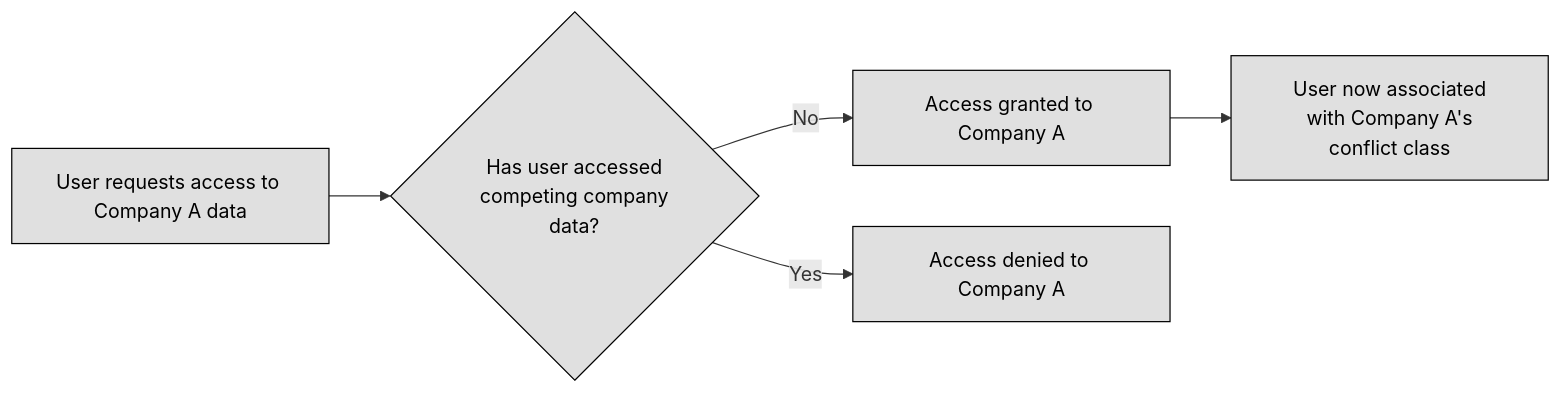
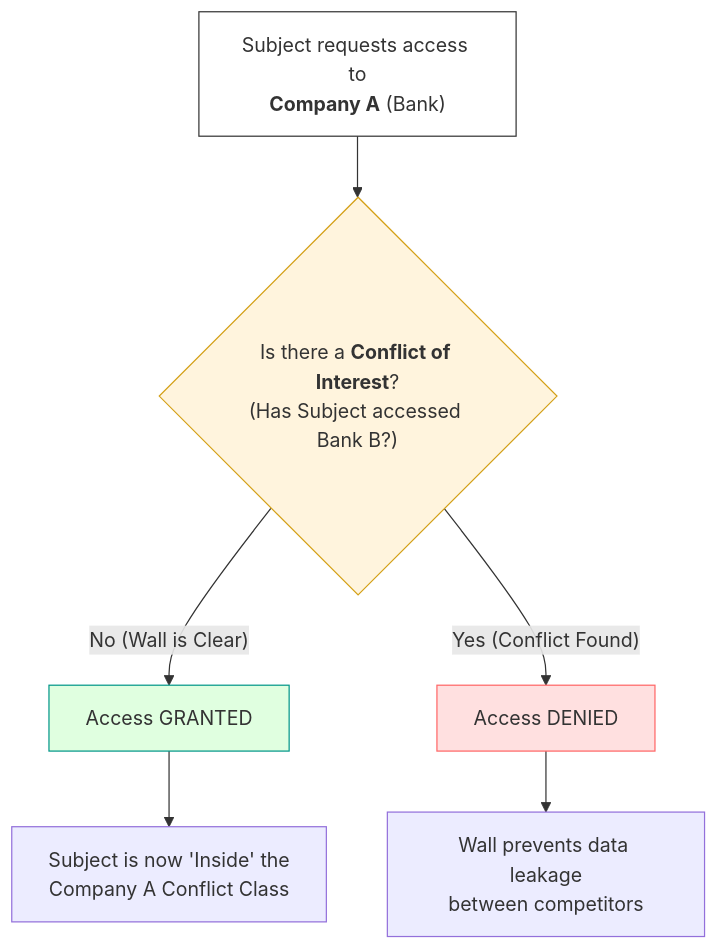
Before and after one commit to lorenzoleonelli/CISSP-Zero-to-Hero: diagram 13 of 15 in DOMAIN3: Security Architecture and Engineering/3.02 Understand the fundamental concepts of security models (e.g. Biba, Star Model, Bell Lapadula).md, drawn with Mermaid. The commit also changed other lines of this file, not shown here.

````diff
--- a/DOMAIN3: Security Architecture and Engineering/3.02 Understand the fundamental concepts of security models (e.g. Biba, Star Model, Bell Lapadula).md
+++ b/DOMAIN3: Security Architecture and Engineering/3.02 Understand the fundamental concepts of security models (e.g. Biba, Star Model, Bell Lapadula).md
@@ -482,11 +525,15 @@
 ```mermaid
-flowchart LR
-    A[User requests access to Company A data] --> B{Has user accessed<br> competing company data?}
-    B -- No --> C[Access granted to Company A]
-    C --> D[User now associated<br> with Company A's conflict class]
-    B -- Yes --> E[Access denied to Company A]
+flowchart TD
+    A["Subject requests access to<br/><b>Company A</b> (Bank)"] --> B{"Is there a <b>Conflict of Interest</b>?<br/>(Has Subject accessed Bank B?)"}
+    
+    B -- "No (Wall is Clear)" --> C["Access GRANTED"]
+    C --> D["Subject is now 'Inside' the<br/>Company A Conflict Class"]
+    
+    B -- "Yes (Conflict Found)" --> E["Access DENIED"]
+    E --> F["Wall prevents data leakage<br/>between competitors"]
 
-    classDef center fill:#ffffff,color:#000000,stroke:#000000,stroke-width:1px,font-weight:bold
-    classDef node fill:#e0e0e0,color:#000000,stroke:#000000,stroke-width:1px
-
+    style A fill:#fff,stroke:#333
+    style C fill:#e0ffe0,stroke:#009688
+    style E fill:#ffe0e0,stroke:#f66
+    style B fill:#fff4dd,stroke:#d4a017
 ```
````
